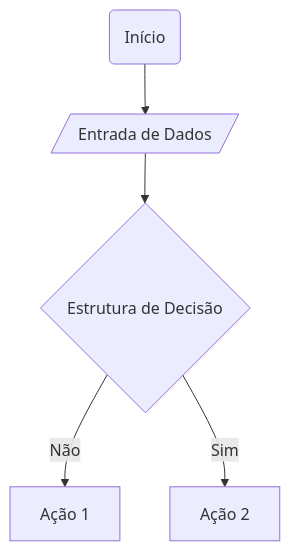
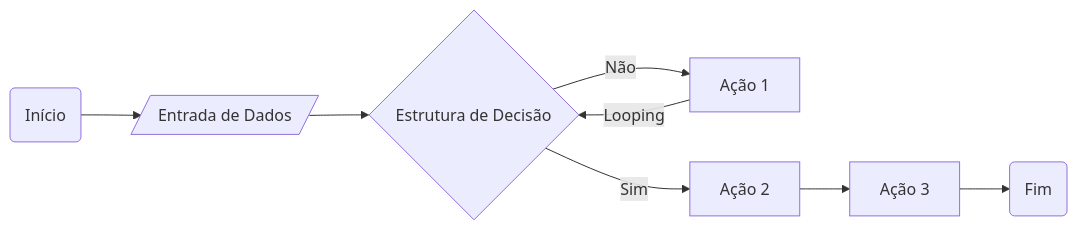
Before and after one commit to AmilcarJZN/logica_dio: the diagram in Notas de Aula.md, drawn with Mermaid.

Commit message:
Update Notas de Aula.md

````diff
--- a/Notas de Aula.md
+++ b/Notas de Aula.md
@@ -17,13 +17,17 @@
 ```mermaid
-graph TD;
+graph LR;
     A(Início);
     B[/Entrada de Dados/];
     C{Estrutura de Decisão};
     D[Ação 1];
     E[Ação 2];
+    F[Ação 3];
+    G(Fim);
 A-->B;
 B-->C;
 C--Não -->D;
 C--Sim -->E;
-
+E-->F;
+D--Looping -->C;
+F-->G;
 ```
````
